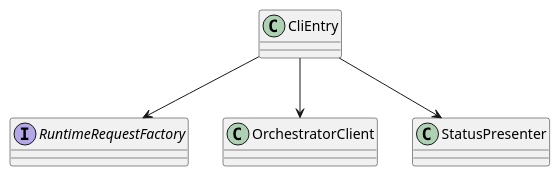
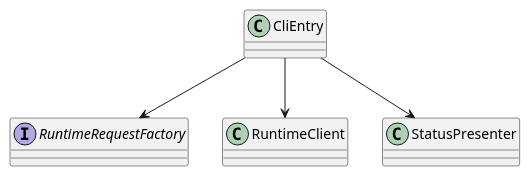
The first of 4 diagrams in project_layer/docs/breakdown_docs/cli_entry_design.md (lucky-chen/ai_workflow_travel), drawn with PlantUML before and after one commit. The commit also changed other lines of this file and 16 other files, not shown here.

````diff
--- a/project_layer/docs/breakdown_docs/cli_entry_design.md
+++ b/project_layer/docs/breakdown_docs/cli_entry_design.md
@@ -44,12 +46,12 @@
 ```plantuml
 @startuml
 class CliEntry
 interface RuntimeRequestFactory
-class OrchestratorClient
+class RuntimeClient
 class StatusPresenter
 
 CliEntry --> RuntimeRequestFactory
-CliEntry --> OrchestratorClient
+CliEntry --> RuntimeClient
 CliEntry --> StatusPresenter
 @enduml
 ```
````
